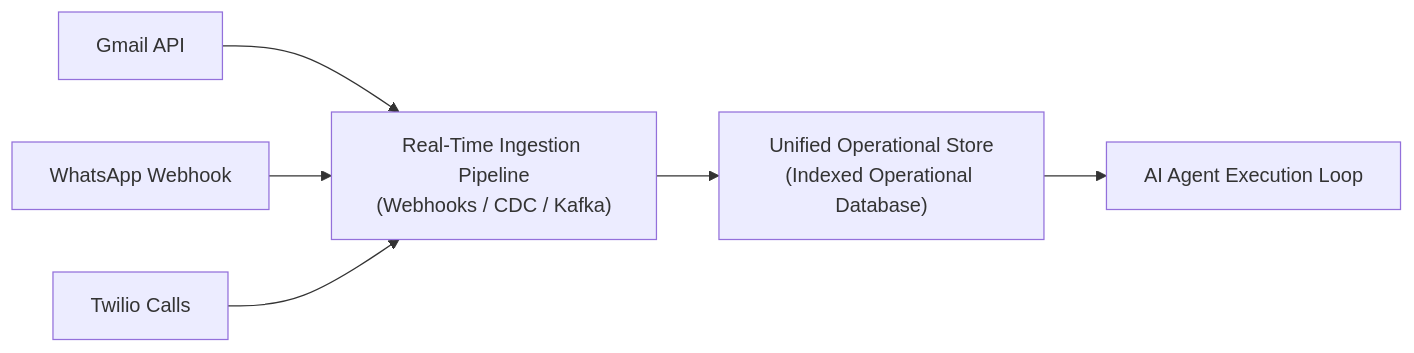
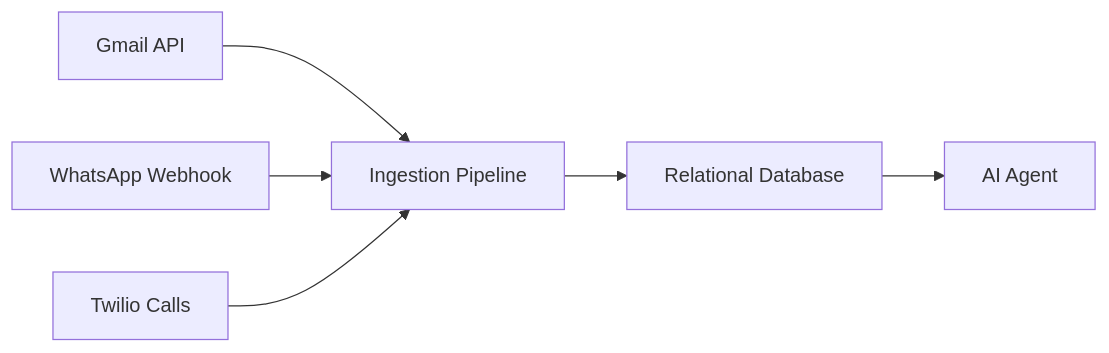
One commit to ohadleshno/ohad-leshno-blog changed the third of 6 diagrams in content/tech-blog/en/building-an-effective-context-layer-part-3.md. Above: the diagram before and after it, drawn with Mermaid. The commit also changed other lines of this file and 7 other files, not shown here.

````diff
--- a/content/tech-blog/en/building-an-effective-context-layer-part-3.md
+++ b/content/tech-blog/en/building-an-effective-context-layer-part-3.md
@@ -110,8 +107,8 @@
 ```mermaid
 flowchart LR
-    Gmail["Gmail API"] --> Ingest["Real-Time Ingestion Pipeline<br/>(Webhooks / CDC / Kafka)"]
+    Gmail["Gmail API"] --> Ingest["Ingestion Pipeline"]
     WhatsApp["WhatsApp Webhook"] --> Ingest
     Twilio["Twilio Calls"] --> Ingest
-    Ingest --> UnifiedDB["Unified Operational Store<br/>(Indexed Operational Database)"]
-    UnifiedDB --> Agent["AI Agent Execution Loop"]
+    Ingest --> UnifiedDB["Relational Database"]
+    UnifiedDB --> Agent["AI Agent"]
 ```
````
